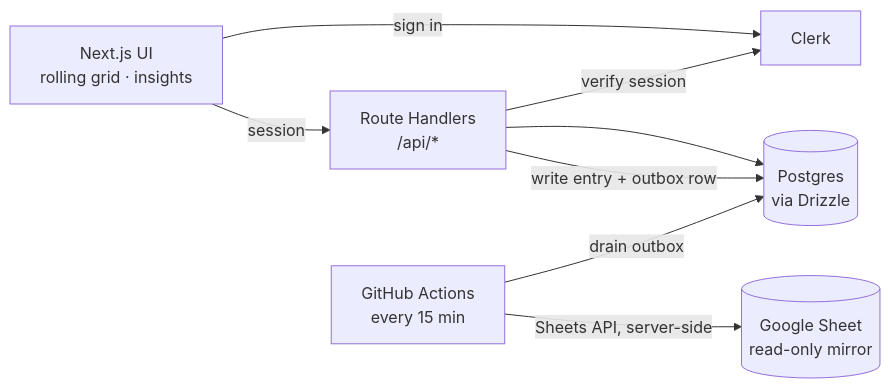
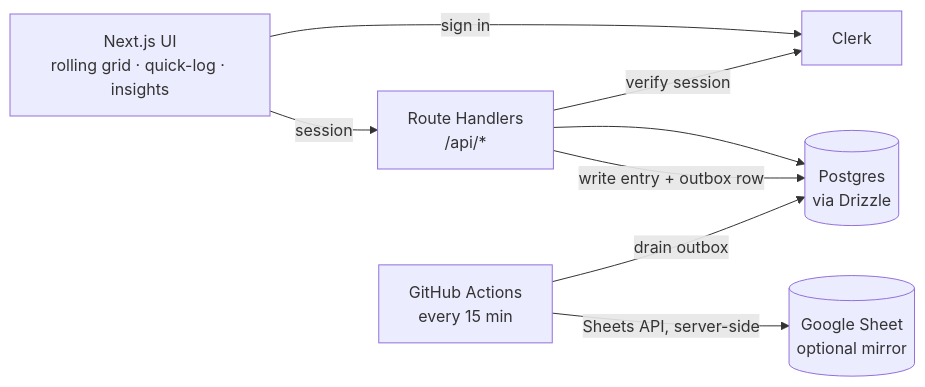
The diagram in README.md (IAbhishekJhaI/TimeJournal-v2), drawn with Mermaid before and after one commit. The commit also changed other lines of this file, not shown here.

````diff
--- a/README.md
+++ b/README.md
@@ -74,10 +80,10 @@
 ```mermaid
 flowchart LR
-    UI["Next.js UI<br/>rolling grid · insights"] -->|session| API["Route Handlers<br/>/api/*"]
+    UI["Next.js UI<br/>rolling grid · quick-log · insights"] -->|session| API["Route Handlers<br/>/api/*"]
     UI -->|sign in| AUTH["Clerk"]
     API -->|verify session| AUTH
     API --> PG[("Postgres<br/>via Drizzle")]
     API -->|write entry + outbox row| PG
     CRON["GitHub Actions<br/>every 15 min"] -->|drain outbox| PG
-    CRON -->|Sheets API, server-side| SHEET[("Google Sheet<br/>read-only mirror")]
+    CRON -->|Sheets API, server-side| SHEET[("Google Sheet<br/>optional mirror")]
 ```
````
